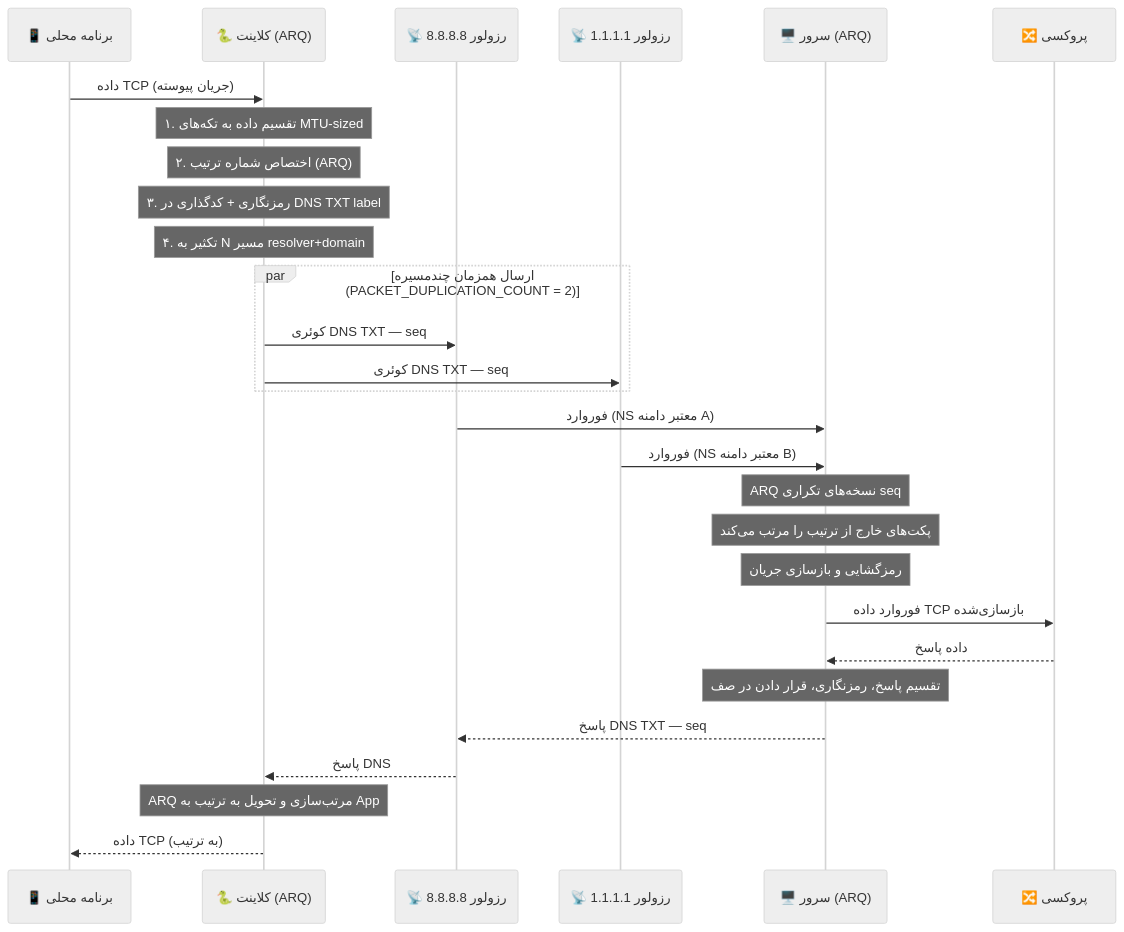
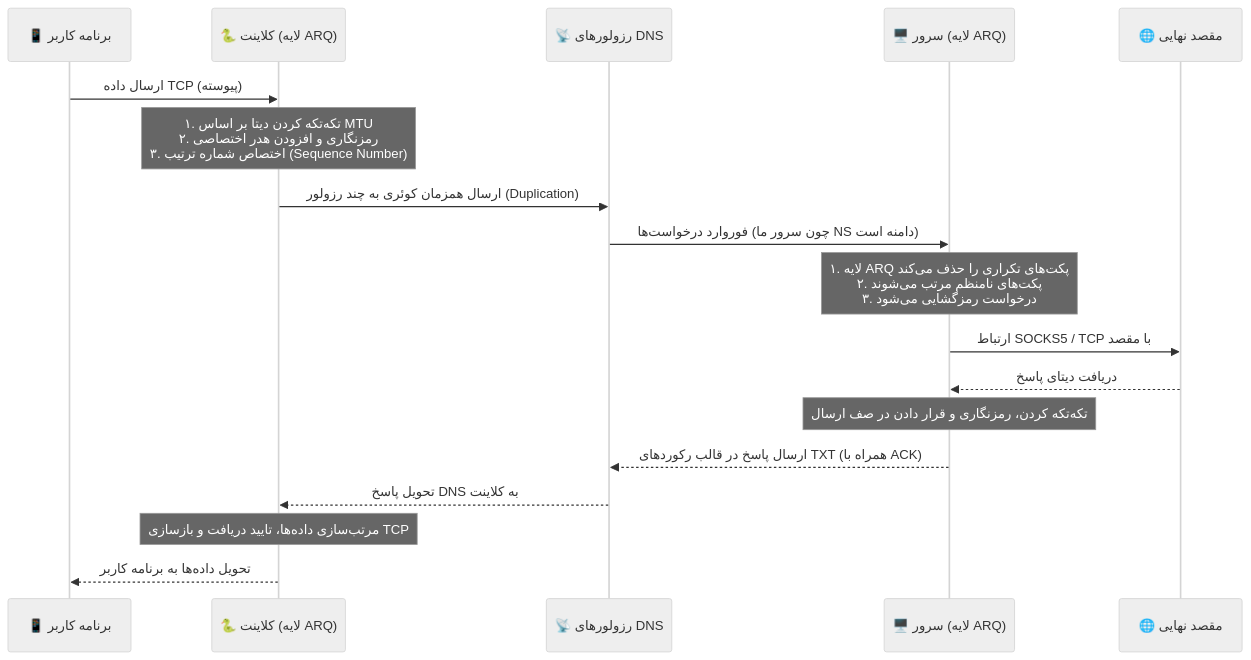
The second of 2 diagrams in README_FA.MD (masterking32/MasterDnsVPN), drawn with Mermaid (neutral theme) before and after one commit. The commit also changed other lines of this file, not shown here.

````diff
--- a/README_FA.MD
+++ b/README_FA.MD
@@ -425,40 +413,21 @@
 ```mermaid
 sequenceDiagram
-    participant App as 📱 برنامه محلی
-    participant Client as 🐍 کلاینت (ARQ)
-    participant DNS1 as 📡 رزولور 8.8.8.8
-    participant DNS2 as 📡 رزولور 1.1.1.1
-    participant Server as 🖥️ سرور (ARQ)
-    participant Proxy as 🔀 پروکسی
+    participant App as 📱 برنامه کاربر
+    participant Client as 🐍 کلاینت (لایه ARQ)
+    participant DNS as 📡 رزولورهای DNS
+    participant Server as 🖥️ سرور (لایه ARQ)
+    participant Target as 🌐 مقصد نهایی
 
-    App->>Client: داده TCP (جریان پیوسته)
-
-    Note over Client: ۱. تقسیم داده به تکه‌های MTU-sized
-    Note over Client: ۲. اختصاص شماره ترتیب (ARQ)
-    Note over Client: ۳. رمزنگاری + کدگذاری در DNS TXT label
-    Note over Client: ۴. تکثیر به N مسیر resolver+domain
-
-    par ارسال همزمان چند‌مسیره (PACKET_DUPLICATION_COUNT = 2)
-        Client->>DNS1: کوئری DNS TXT — seq#5 — دامنه A
-        Client->>DNS2: کوئری DNS TXT — seq#5 — دامنه B
-    end
-
-    DNS1->>Server: فوروارد (NS معتبر دامنه A)
-    DNS2->>Server: فوروارد (NS معتبر دامنه B)
-
-    Note over Server: ARQ نسخه‌های تکراری seq#5 را حذف می‌کند
-    Note over Server: پکت‌های خارج از ترتیب را مرتب می‌کند
-    Note over Server: رمزگشایی و بازسازی جریان
-
-    Server->>Proxy: فوروارد داده TCP بازسازی‌شده
-    Proxy-->>Server: داده پاسخ
-
-    Note over Server: تقسیم پاسخ، رمزنگاری، قرار دادن در صف
-
-    Server-->>DNS1: پاسخ DNS TXT — seq#5 ack + داده
-    DNS1-->>Client: پاسخ DNS
-
-    Note over Client: ARQ مرتب‌سازی و تحویل به ترتیب به App
-
-    Client-->>App: داده TCP (به ترتیب)
+    App->>Client: ارسال داده TCP (پیوسته)
+    Note over Client: ۱. تکه‌تکه کردن دیتا بر اساس MTU<br>۲. رمزنگاری و افزودن هدر اختصاصی<br>۳. اختصاص شماره ترتیب (Sequence Number)
+    Client->>DNS: ارسال همزمان کوئری به چند رزولور (Duplication)
+    DNS->>Server: فوروارد درخواست‌ها (چون سرور ما NS دامنه است)
+    Note over Server: ۱. لایه ARQ پکت‌های تکراری را حذف می‌کند<br>۲. پکت‌های نامنظم مرتب می‌شوند<br>۳. درخواست رمزگشایی می‌شود
+    Server->>Target: ارتباط SOCKS5 / TCP با مقصد
+    Target-->>Server: دریافت دیتای پاسخ
+    Note over Server: تکه‌تکه کردن، رمزنگاری و قرار دادن در صف ارسال
+    Server-->>DNS: ارسال پاسخ در قالب رکوردهای TXT (همراه با ACK)
+    DNS-->>Client: تحویل پاسخ DNS به کلاینت
+    Note over Client: مرتب‌سازی داده‌ها، تایید دریافت و بازسازی TCP
+    Client-->>App: تحویل داده‌ها به برنامه کاربر
 ```
````
